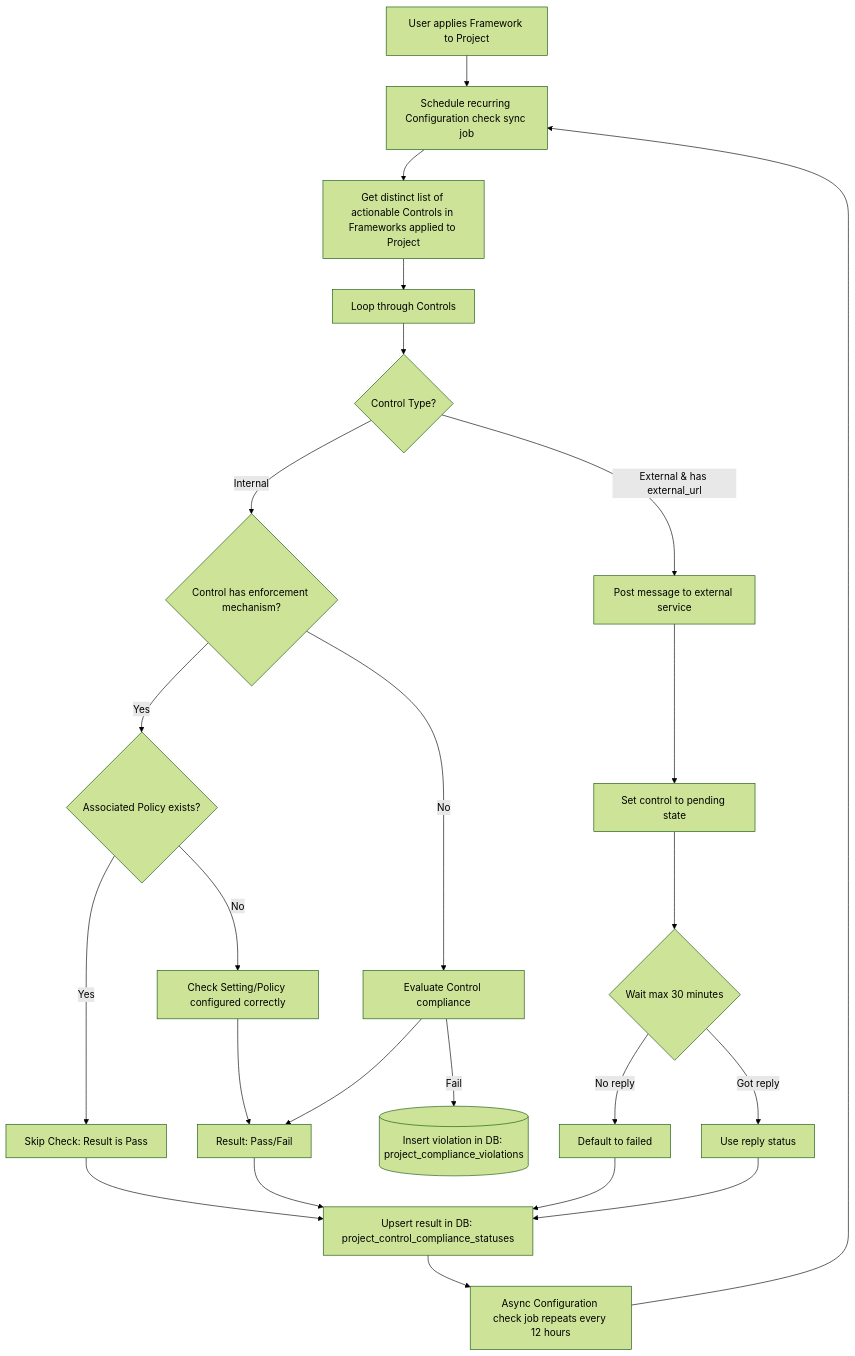
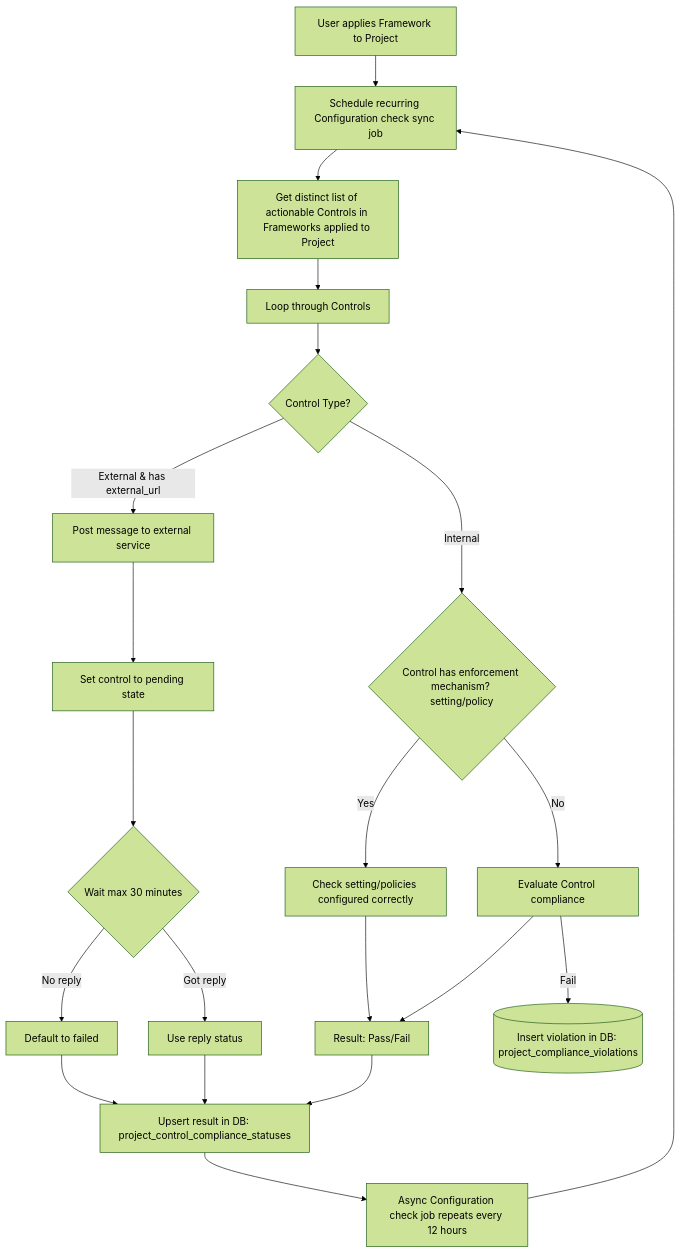
The third of 4 diagrams in content/handbook/engineering/architecture/design-documents/compliance-frameworks/_index.md (zalyoung/gitlab-handbook), drawn with Mermaid (forest theme) before and after one commit.

Commit message:
Update the compliance status checks flow diagram
Since we're removing the policy relationships table, we need to update
the flow diagram to reflect that.

````diff
--- a/content/handbook/engineering/architecture/design-documents/compliance-frameworks/_index.md
+++ b/content/handbook/engineering/architecture/design-documents/compliance-frameworks/_index.md
@@ -457,31 +457,29 @@
 ```mermaid
 flowchart TD
     F[User applies Framework to Project] --> G[Schedule recurring Configuration check sync job]
     G --> H[Get distinct list of actionable Controls in Frameworks applied to Project]
     H --> I[Loop through Controls]
+
     I --> TYPE{Control Type?}
-    TYPE -- Internal --> J{Control has enforcement mechanism?}
+    TYPE -- Internal --> J{Control has enforcement mechanism? setting/policy}
     TYPE -- External & has external_url --> EXT[Post message to external service]
 
     EXT --> PEND[Set control to pending state]
     PEND --> WAIT{Wait max 30 minutes}
     WAIT -->|No reply| FAIL[Default to failed]
     WAIT -->|Got reply| REPLY[Use reply status]
 
     FAIL --> Q
     REPLY --> Q
 
-    J -- Yes --> K{Associated Policy exists?}
-    K -- Yes --> L[Skip Check: Result is Pass]
-    K -- No --> M[Check Setting/Policy configured correctly]
+    J -- Yes --> M[Check setting/policies configured correctly]
     J -- No --> N[Evaluate Control compliance]
 
     M --> O[Result: Pass/Fail]
     N --> O
     O --> Q[Upsert result in DB: project_control_compliance_statuses]
-    L --> Q
     N -- Fail --> S[Insert violation in DB: project_compliance_violations]@{ shape: cyl }
 
     Q --> T[Async Configuration check job repeats every 12 hours]
     T --> G
 ```
````
